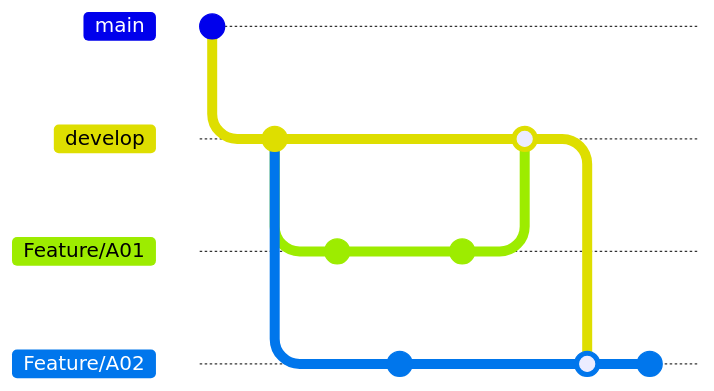
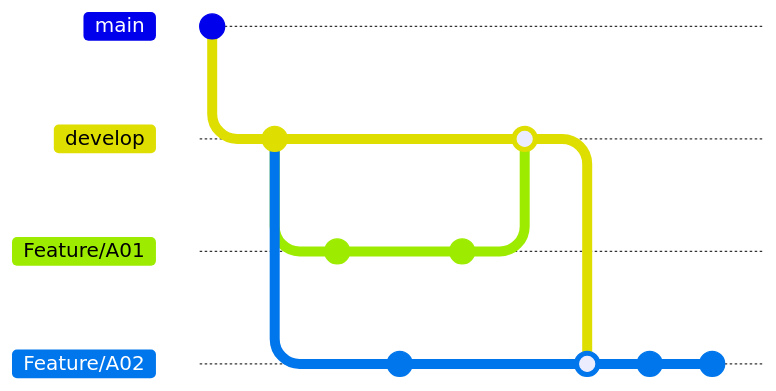
One commit to robbin0919/GITLAB changed the diagram in branching-strategy/branching-strategy01.md. Above: the diagram before and after it, drawn with Mermaid. Commit ids are hidden.

````diff
--- a/branching-strategy/branching-strategy01.md
+++ b/branching-strategy/branching-strategy01.md
@@ -1,20 +1,21 @@
 ```mermaid
   %%{init: { 'logLevel': 'debug', 'theme': 'default' } }%%
       gitGraph
       commit
       branch develop
       checkout develop
       commit
       branch Feature/A01
       commit
       checkout develop
       branch Feature/A02
       commit
       checkout  Feature/A01
       commit
       checkout develop
       merge Feature/A01
       checkout  Feature/A02
       merge develop
       commit
+      commit
 ```      
````
